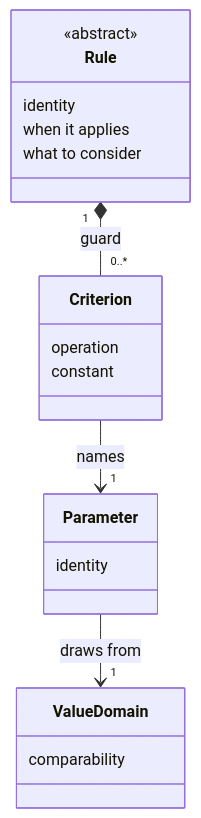
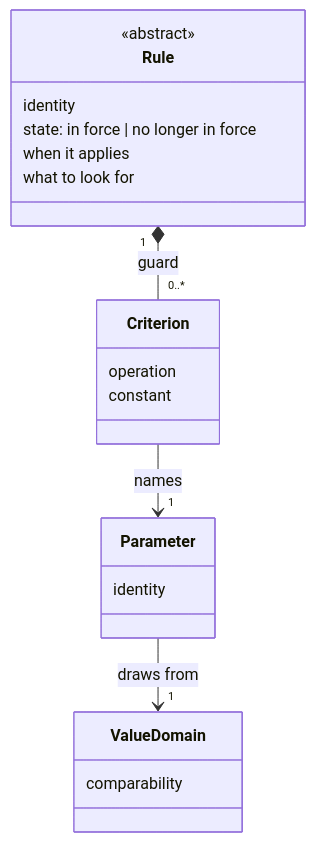
Before and after one commit to szantob/ProjectML: the diagram in docs/superpowers/specs/2026-09-28-value-domain-comparability-and-guard-design.md, drawn with Mermaid. The commit also changed other lines of this file and 1 other file, not shown here.

Commit message:
Plan the integration of K101-K108 into spec/: seven tasks
Requires Tasks 7-10 of the 2026-09-07 integration plan first, which are not
yet done. Also corrects the design record's diagram, which still named a
Rule's third attribute by its name before K91 and left out its state.

````diff
--- a/docs/superpowers/specs/2026-09-28-value-domain-comparability-and-guard-design.md
+++ b/docs/superpowers/specs/2026-09-28-value-domain-comparability-and-guard-design.md
@@ -119,22 +119,23 @@
 ```mermaid
 classDiagram
     class Rule {
         <<abstract>>
         identity
+        state: in force | no longer in force
         when it applies
-        what to consider
+        what to look for
     }
     class Criterion {
         operation
         constant
     }
     class Parameter {
         identity
     }
     class ValueDomain {
         comparability
     }
     Rule "1" *-- "0..*" Criterion : guard
     Criterion --> "1" Parameter : names
     Parameter --> "1" ValueDomain : draws from
 ```
````
